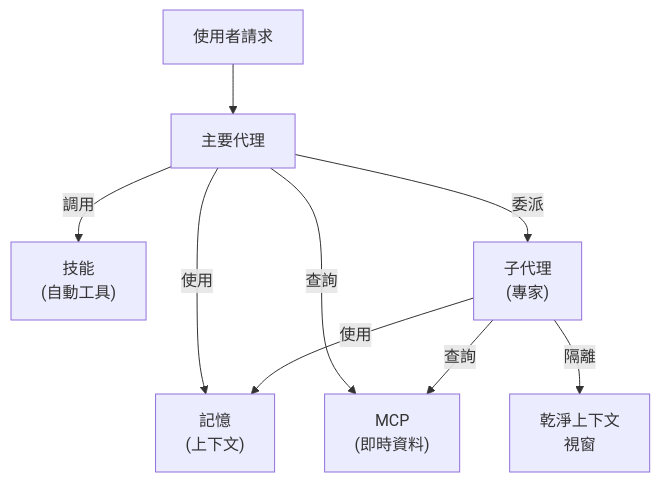
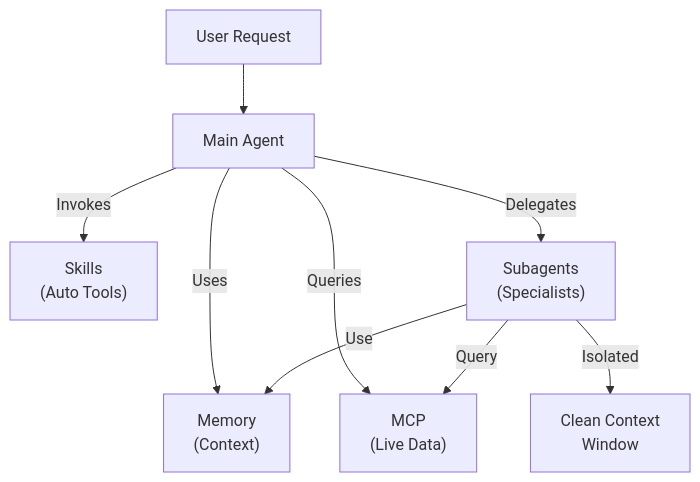
One commit to huckly/claude-howto-zh-tw changed the seventh of 7 diagrams in 04-subagents/README.md. Above: the diagram before and after it, drawn with Mermaid. The commit also changed other lines of this file, not shown here.

Commit message:
🤖 04-subagents：Subagents 子代理 — 同步 v2.1.110

````diff
--- a/04-subagents/README.md
+++ b/04-subagents/README.md
@@ -1088,12 +1121,12 @@
 ```mermaid
 graph TD
-    User["使用者請求"] --> Main["主要代理"]
-    Main -->|使用| Memory["記憶<br/>(上下文)"]
-    Main -->|查詢| MCP["MCP<br/>(即時資料)"]
-    Main -->|調用| Skills["技能<br/>(自動工具)"]
-    Main -->|委派| Subagents["子代理<br/>(專家)"]
+    User["User Request"] --> Main["Main Agent"]
+    Main -->|Uses| Memory["Memory<br/>(Context)"]
+    Main -->|Queries| MCP["MCP<br/>(Live Data)"]
+    Main -->|Invokes| Skills["Skills<br/>(Auto Tools)"]
+    Main -->|Delegates| Subagents["Subagents<br/>(Specialists)"]
 
-    Subagents -->|使用| Memory
-    Subagents -->|查詢| MCP
-    Subagents -->|隔離| Context["乾淨上下文<br/>視窗"]
+    Subagents -->|Use| Memory
+    Subagents -->|Query| MCP
+    Subagents -->|Isolated| Context["Clean Context<br/>Window"]
 ```
````
